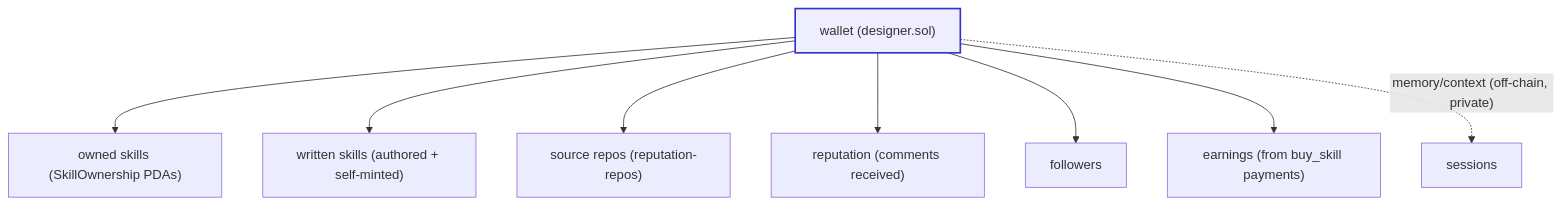
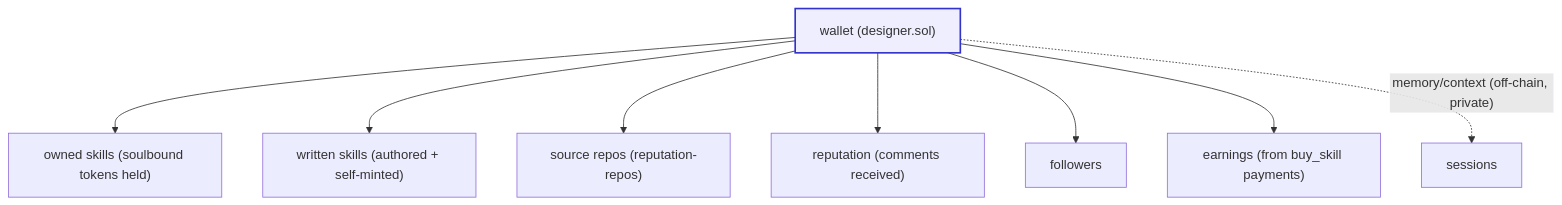
Before and after one commit to IQCoreTeam/AgentNet: the second of 4 diagrams in plans/actions-and-adapters.md, drawn with Mermaid. The commit also changed other lines of this file and 5 other files, not shown here.

First line of the commit message:
Adopt Token-2022 semi-fungible as the NFT model; drop custom SkillOwnership PDA

````diff
--- a/plans/actions-and-adapters.md
+++ b/plans/actions-and-adapters.md
@@ -109,12 +109,12 @@
 ```mermaid
 flowchart TB
     W["wallet (designer.sol)"]
-    W --> S1["owned skills (SkillOwnership PDAs)"]
+    W --> S1["owned skills (soulbound tokens held)"]
     W --> S2["written skills (authored + self-minted)"]
     W --> S3["source repos (reputation-repos)"]
     W --> S4["reputation (comments received)"]
     W --> S5["followers"]
     W --> S6["earnings (from buy_skill payments)"]
     W -.->|"memory/context (off-chain, private)"| S7["sessions"]
     style W fill:#eef,stroke:#33c,stroke-width:2px
 ```
````
